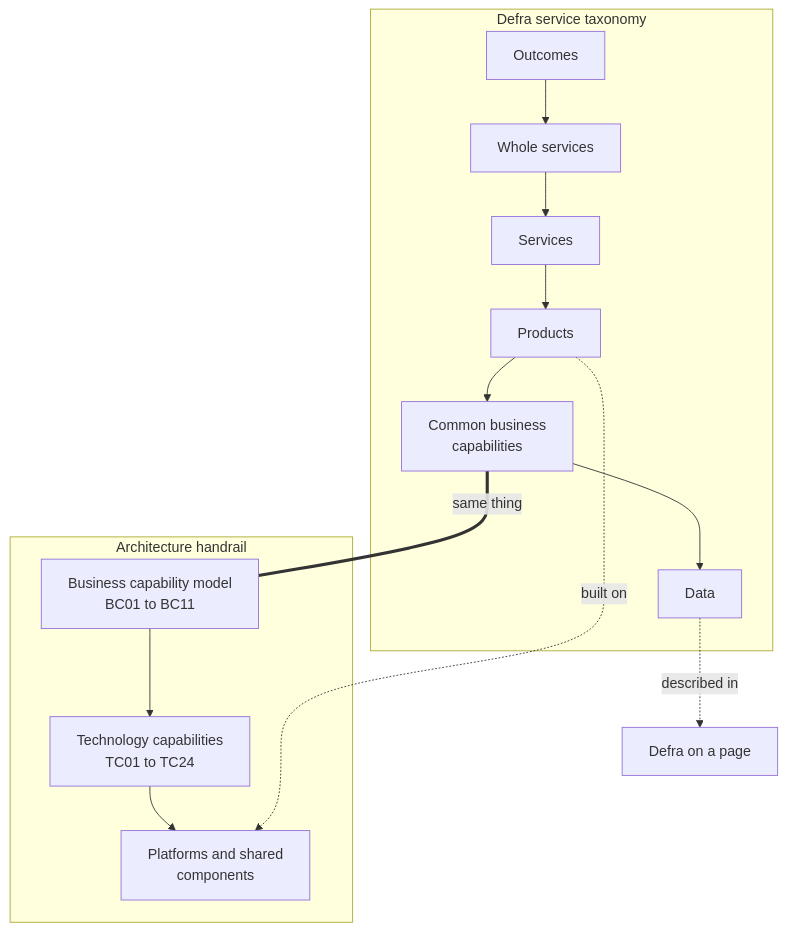
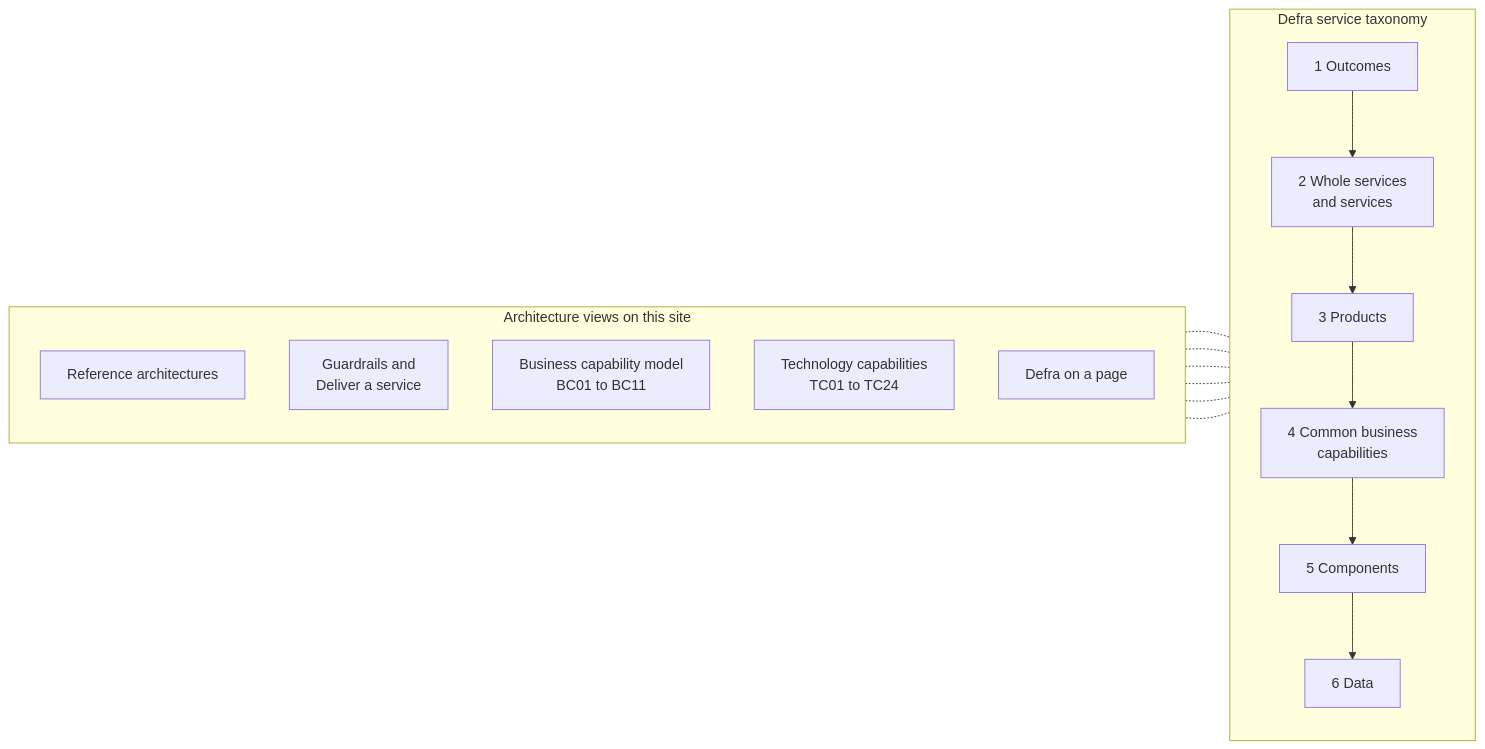
Before and after one commit to howellsr/architecture: the diagram in docs/handrail/services-and-capabilities.md, drawn with Mermaid. The commit also changed other lines of this file and 3 other files, not shown here.

First line of the commit message:
Use the published service taxonomy definitions

````diff
--- a/docs/handrail/services-and-capabilities.md
+++ b/docs/handrail/services-and-capabilities.md
@@ -23,21 +39,27 @@
 ```mermaid
-flowchart TB
+flowchart LR
     accTitle: How the Defra service taxonomy links to the architecture handrail
-    accDescr: The service taxonomy runs from outcomes, to whole services, to services, to products, to common business capabilities, to data. Common business capabilities are the same thing as the business capabilities in the handrail. Business capabilities are enabled by technology capabilities, which are provided by platforms. Products are built on those platforms. Data is described in Defra on a page.
+    accDescr: The six levels of the service taxonomy are shown on the left, from outcomes, through whole services and services, products, common business capabilities and components, to data. On the right, the architecture views that sit at each level. Reference architectures describe common shapes of service. Guardrails and the Deliver a service section apply mainly to products. The business capability model is Defra's set of common business capabilities. Technology capabilities connect business capabilities to the components, including platforms, that provide them. Defra on a page describes the data and its authoritative sources.
     subgraph TAX["Defra service taxonomy"]
-        O["Outcomes"] --> WS["Whole services"]
-        WS --> S["Services"]
-        S --> P["Products"]
-        P --> BC["Common business<br/>capabilities"]
-        BC --> D["Data"]
+        direction TB
+        L1["1 Outcomes"] --> L2["2 Whole services<br/>and services"]
+        L2 --> L3["3 Products"]
+        L3 --> L4["4 Common business<br/>capabilities"]
+        L4 --> L5["5 Components"]
+        L5 --> L6["6 Data"]
     end
-    subgraph HR["Architecture handrail"]
+    subgraph ARCH["Architecture views on this site"]
+        direction TB
+        RA["Reference architectures"]
+        GR["Guardrails and<br/>Deliver a service"]
         BCM["Business capability model<br/>BC01 to BC11"]
         TC["Technology capabilities<br/>TC01 to TC24"]
-        PL["Platforms and shared<br/>components"]
-        BCM --> TC --> PL
+        DOP["Defra on a page"]
     end
-    BC ===|"same thing"| BCM
-    P -.->|"built on"| PL
-    D -.->|"described in"| DOP["Defra on a page"]
+    L2 -.- RA
+    L3 -.- GR
+    L4 -.- BCM
+    L4 -.- TC
+    TC -.- L5
+    L6 -.- DOP
 ```
````
